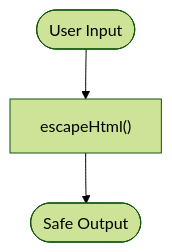
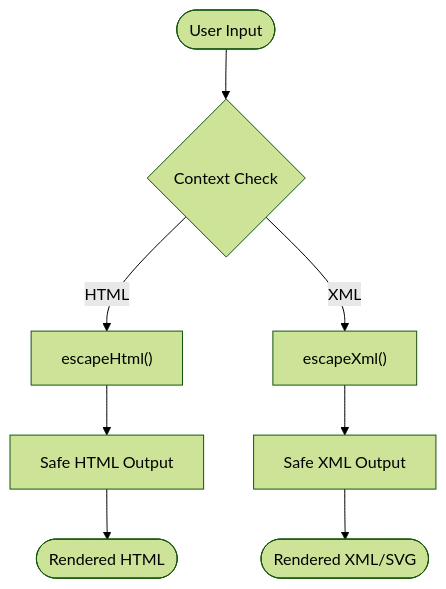
The sixth of 7 diagrams in .qoder/repowiki/en/content/Architecture Overview/Security Architecture.md (RunTimeAdmin/AgentID), drawn with Mermaid (forest theme) before and after one commit. The commit also changed other lines of this file and 4 other files, not shown here.

````diff
--- a/.qoder/repowiki/en/content/Architecture Overview/Security Architecture.md
+++ b/.qoder/repowiki/en/content/Architecture Overview/Security Architecture.md
@@ -292,5 +307,10 @@
 ```mermaid
 flowchart TD
-In(["User Input"]) --> Escape["escapeHtml()"]
-Escape --> Out(["Safe Output"])
+In(["User Input"]) --> Context{"Context Check"}
+Context --> |HTML| EscapeHTML["escapeHtml()"]
+Context --> |XML| EscapeXML["escapeXml()"]
+EscapeHTML --> SafeHTML["Safe HTML Output"]
+EscapeXML --> SafeXML["Safe XML Output"]
+SafeHTML --> Out(["Rendered HTML"])
+SafeXML --> Out2(["Rendered XML/SVG"])
 ```
````
